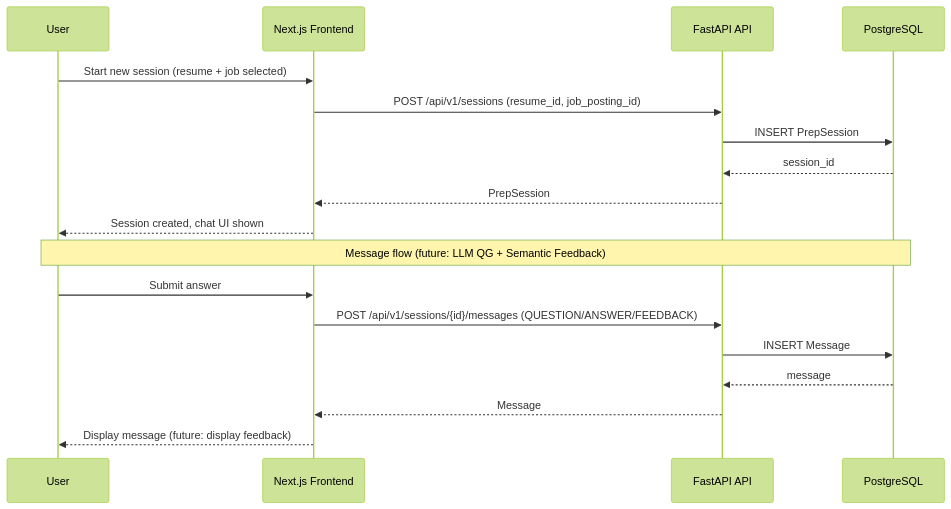
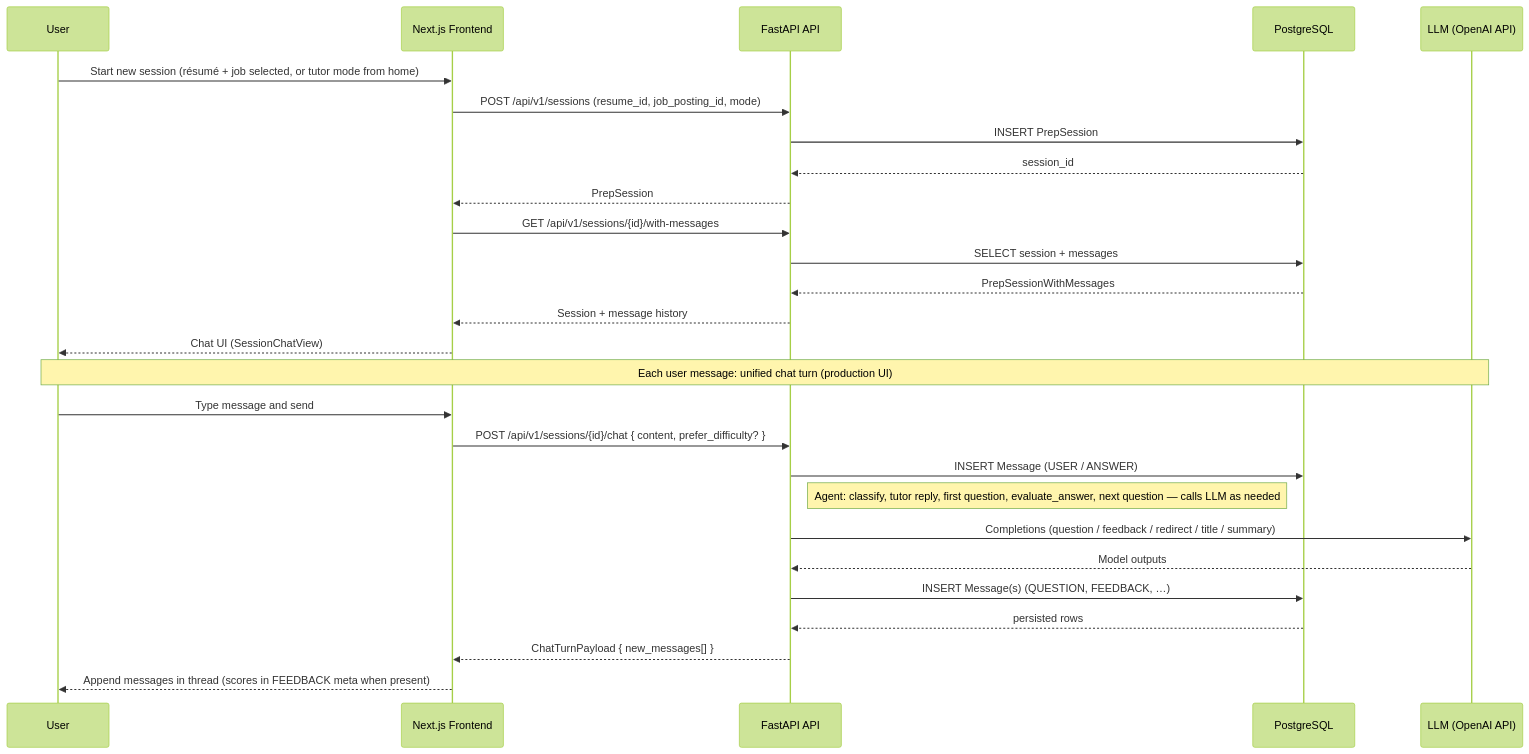
Before and after one commit to dinalUdagedara/model-training-ner: the diagram in docs/ipd/diagrams/07-sequence-session-flow.mmd, drawn with Mermaid (forest theme). The commit also changed 22 other files, not shown here.

Commit message:
diagrams

```diff
--- a/docs/ipd/diagrams/07-sequence-session-flow.mmd
+++ b/docs/ipd/diagrams/07-sequence-session-flow.mmd
@@ -1,24 +1,45 @@
 %% Sequence Diagram: Session / Chat Flow
 %% Chapter 6, Section 6.4
-%% UC-04: Conduct Interactive Practice Session (structure; LLM/feedback pending)
+%% UC-04: Conduct Interactive Practice Session
+%%
+%% Validated against PROJECT/crackint-frontend (SessionChatView, HomeChatInput) + PROJECT/crackint-backend/app/api/session/route.py
+%%
+%% Primary UI flow uses ONE unified endpoint:
+%%   POST /api/v1/sessions/{session_id}/chat  (body: { content, prefer_difficulty? })
+%% It stores the user turn and runs the session QA agent in-process: first question, classify/redirect,
+%% evaluate_answer, generate_next_question, tutor replies — as applicable — then returns new_messages.
+%%
+%% Also implemented (not used by main chat UI): POST .../messages (raw append), POST .../next-question,
+%% POST .../evaluate-answer, POST .../send — see route.py for behaviour.
+%%
+%% LLM: OPENAI_API_KEY from PROJECT/crackint-backend/app/config.py
 
 sequenceDiagram
     participant User
     participant Frontend as Next.js Frontend
     participant API as FastAPI API
     participant DB as PostgreSQL
+    participant LLM as LLM (OpenAI API)
 
-    User->>Frontend: Start new session (resume + job selected)
-    Frontend->>API: POST /api/v1/sessions (resume_id, job_posting_id)
+    User->>Frontend: Start new session (résumé + job selected, or tutor mode from home)
+    Frontend->>API: POST /api/v1/sessions (resume_id, job_posting_id, mode)
     API->>DB: INSERT PrepSession
     DB-->>API: session_id
     API-->>Frontend: PrepSession
-    Frontend-->>User: Session created, chat UI shown
+    Frontend->>API: GET /api/v1/sessions/{id}/with-messages
+    API->>DB: SELECT session + messages
+    DB-->>API: PrepSessionWithMessages
+    API-->>Frontend: Session + message history
+    Frontend-->>User: Chat UI (SessionChatView)
 
-    Note over User,DB: Message flow (future: LLM QG + Semantic Feedback)
-    User->>Frontend: Submit answer
-    Frontend->>API: POST /api/v1/sessions/{id}/messages (QUESTION/ANSWER/FEEDBACK)
-    API->>DB: INSERT Message
-    DB-->>API: message
-    API-->>Frontend: Message
-    Frontend-->>User: Display message (future: display feedback)
+    Note over User,LLM: Each user message: unified chat turn (production UI)
+    User->>Frontend: Type message and send
+    Frontend->>API: POST /api/v1/sessions/{id}/chat { content, prefer_difficulty? }
+    API->>DB: INSERT Message (USER / ANSWER)
+    Note right of API: Agent: classify, tutor reply, first question, evaluate_answer, next question — calls LLM as needed
+    API->>LLM: Completions (question / feedback / redirect / title / summary)
+    LLM-->>API: Model outputs
+    API->>DB: INSERT Message(s) (QUESTION, FEEDBACK, …)
+    DB-->>API: persisted rows
+    API-->>Frontend: ChatTurnPayload { new_messages[] }
+    Frontend-->>User: Append messages in thread (scores in FEEDBACK meta when present)
```
